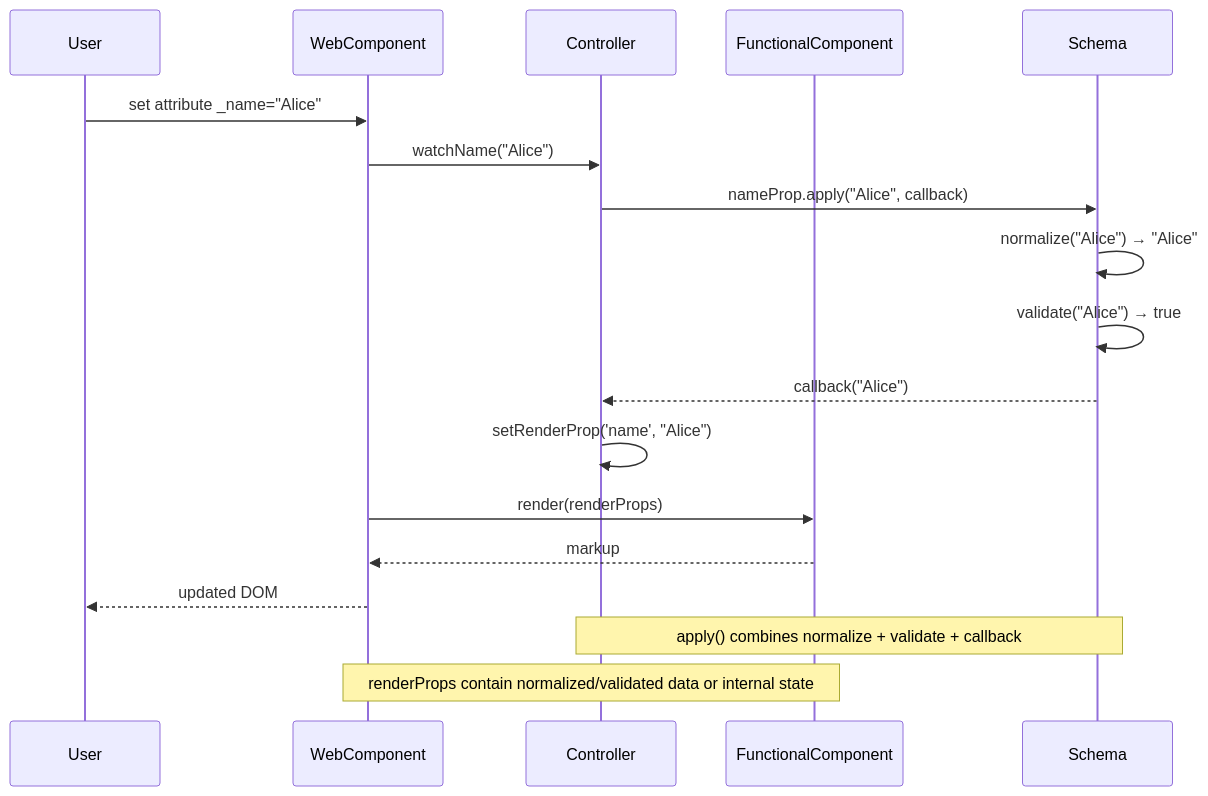
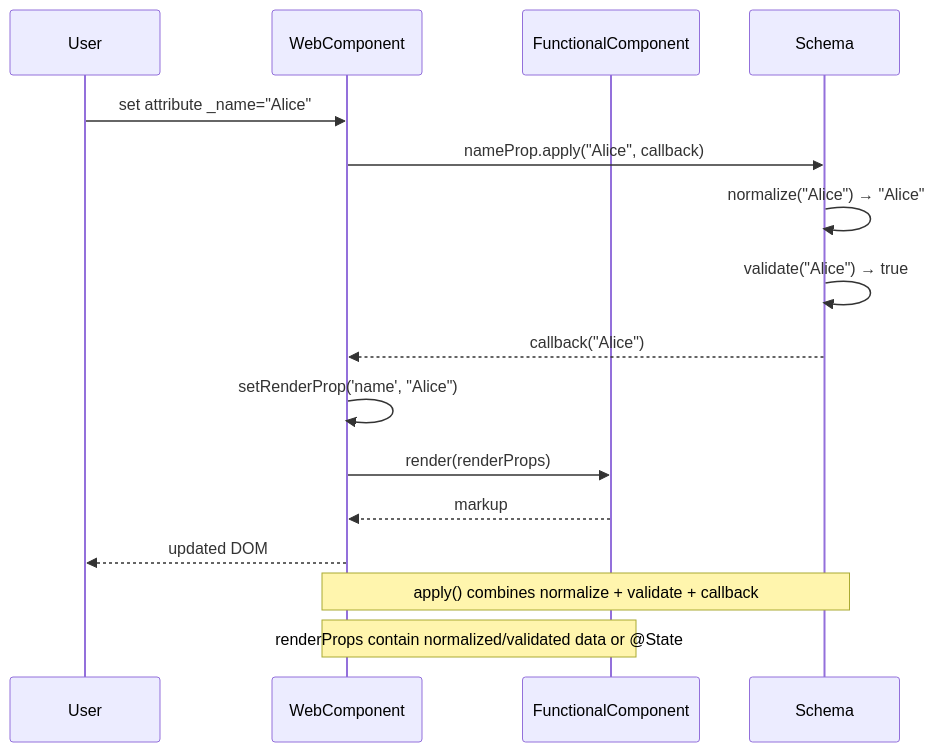
One commit to public-ui/kolibri changed the third of 3 diagrams in packages/components/src/components/_skeleton/ARC42.md. Above: the diagram before and after it, drawn with Mermaid. The commit also changed other lines of this file and 76 other files, not shown here.

Commit message:
refactor(kol-skeleton): Refactor to WC+FC+Props architecture - Adopt schema with WC as orchestrator + optional Behaviors/FC - Move prop normalization to WC layer - Refactor controller logic to functional component - Update test coverage for new architecture

````diff
--- a/packages/components/src/components/_skeleton/ARC42.md
+++ b/packages/components/src/components/_skeleton/ARC42.md
@@ -631,20 +509,18 @@
 ```mermaid
 sequenceDiagram
     participant U as User
     participant WC as WebComponent
-    participant CTRL as Controller
     participant FC as FunctionalComponent
     participant S as Schema
     U->>WC: set attribute _name="Alice"
-    WC->>CTRL: watchName("Alice")
-    CTRL->>S: nameProp.apply("Alice", callback)
+    WC->>S: nameProp.apply("Alice", callback)
     S->>S: normalize("Alice") → "Alice"
     S->>S: validate("Alice") → true
-    S-->>CTRL: callback("Alice")
-    CTRL->>CTRL: setRenderProp('name', "Alice")
+    S-->>WC: callback("Alice")
+    WC->>WC: setRenderProp('name', "Alice")
     WC->>FC: render(renderProps)
     FC-->>WC: markup
     WC-->>U: updated DOM
-    Note over S,CTRL: apply() combines normalize + validate + callback
-    Note over FC,WC: renderProps contain normalized/validated data or internal state
+    Note over S,WC: apply() combines normalize + validate + callback
+    Note over WC,FC: renderProps contain normalized/validated data or @State
 ```
````
